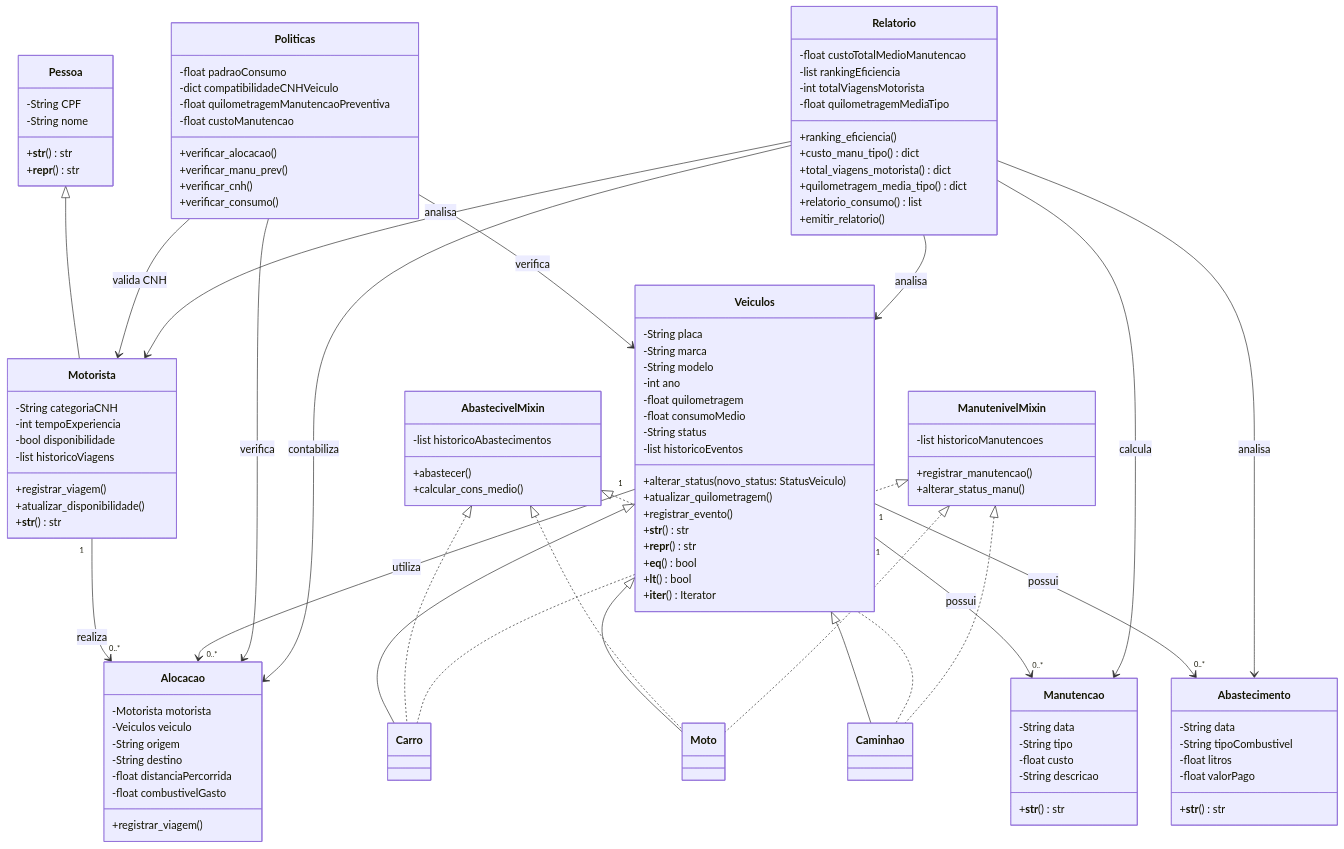
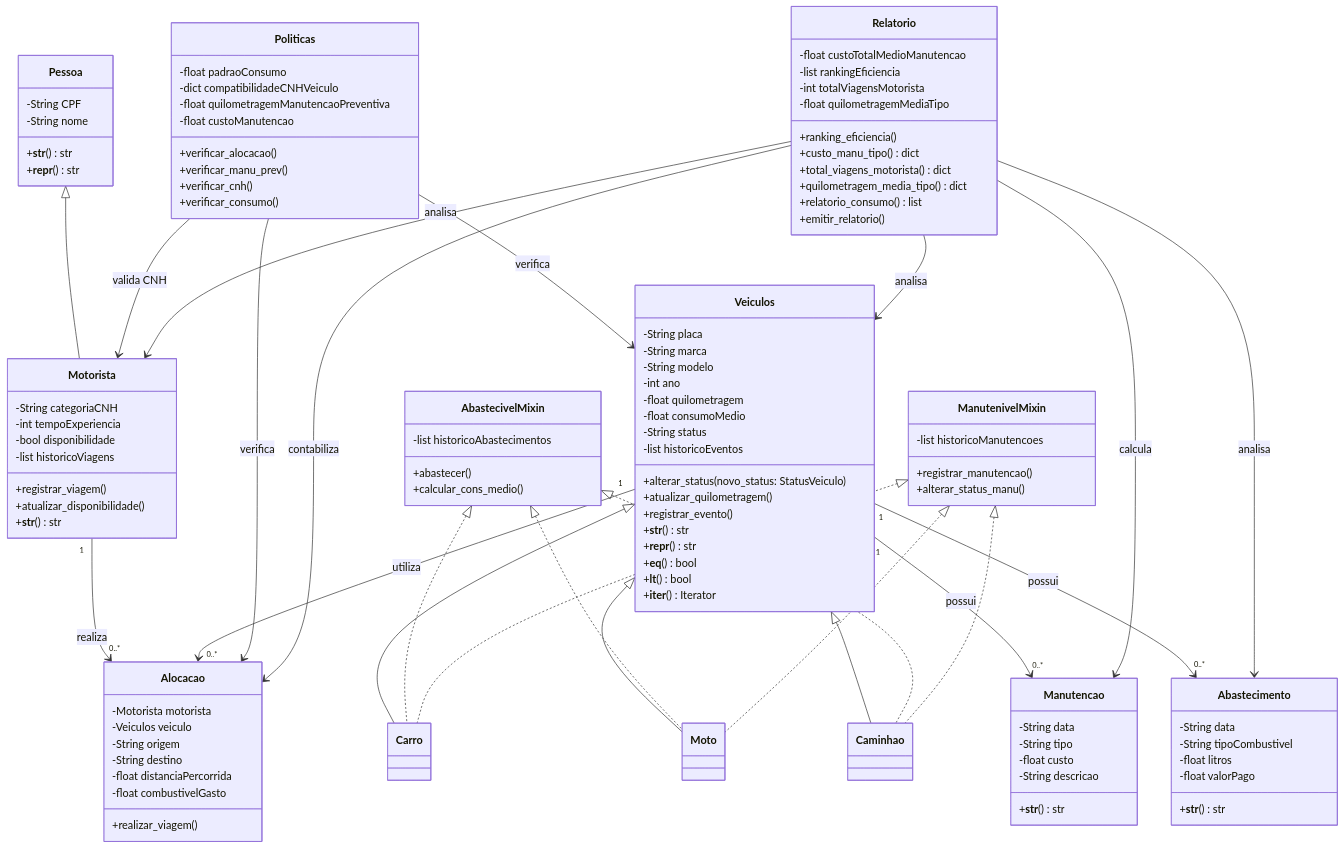
Before and after one commit to arthurbarrosdesa/MiniProjeto---POO: the diagram in README.md, drawn with Mermaid. The commit also changed other lines of this file and 5 other files, not shown here.

Commit message:
Alterações pontuais em classes ainda n implementadas para refletir o que está definido na UML

```diff
--- a/README.md
+++ b/README.md
@@ -219,7 +219,7 @@
         -String destino
         -float distanciaPercorrida
         -float combustivelGasto
-        +registrar_viagem()
+        +realizar_viagem()
     }
 
     class Manutencao {
```
